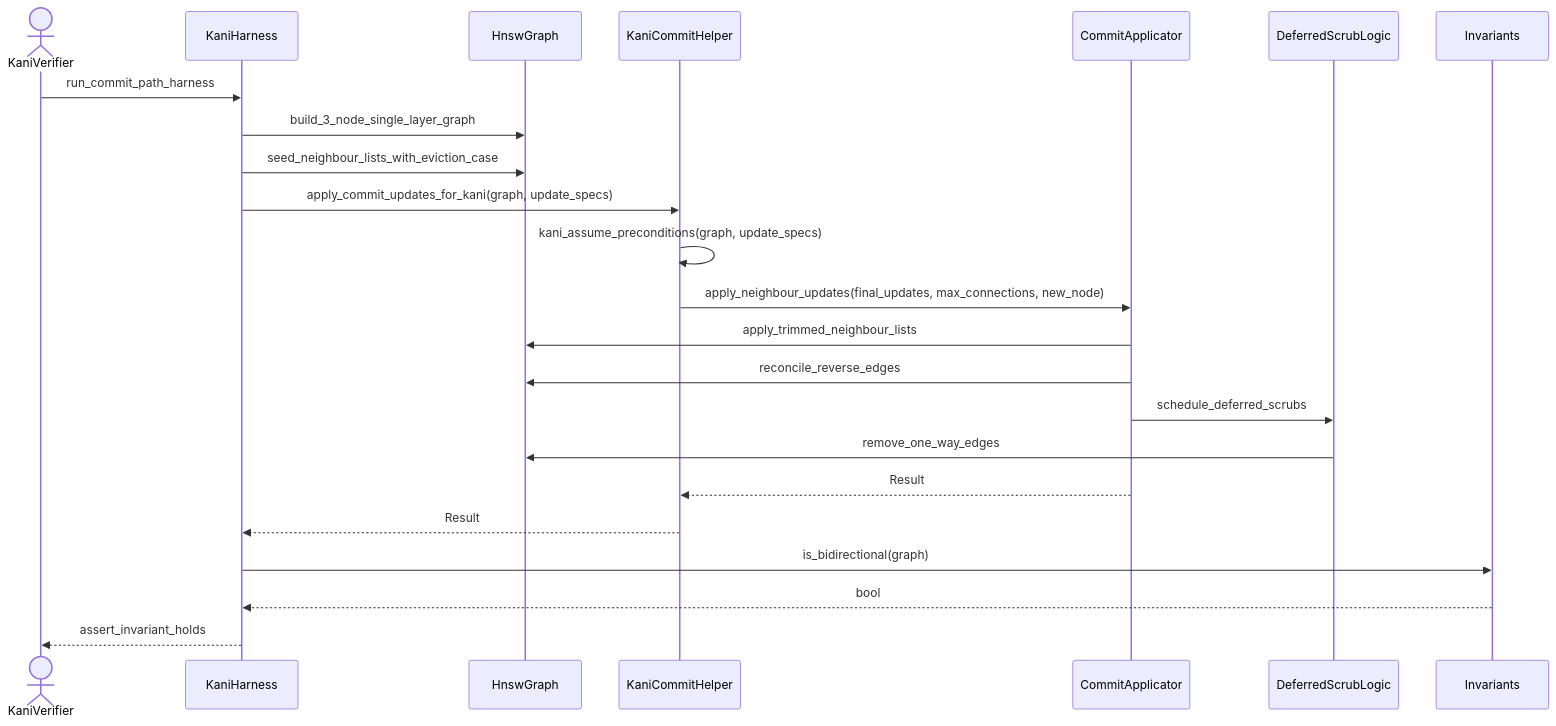
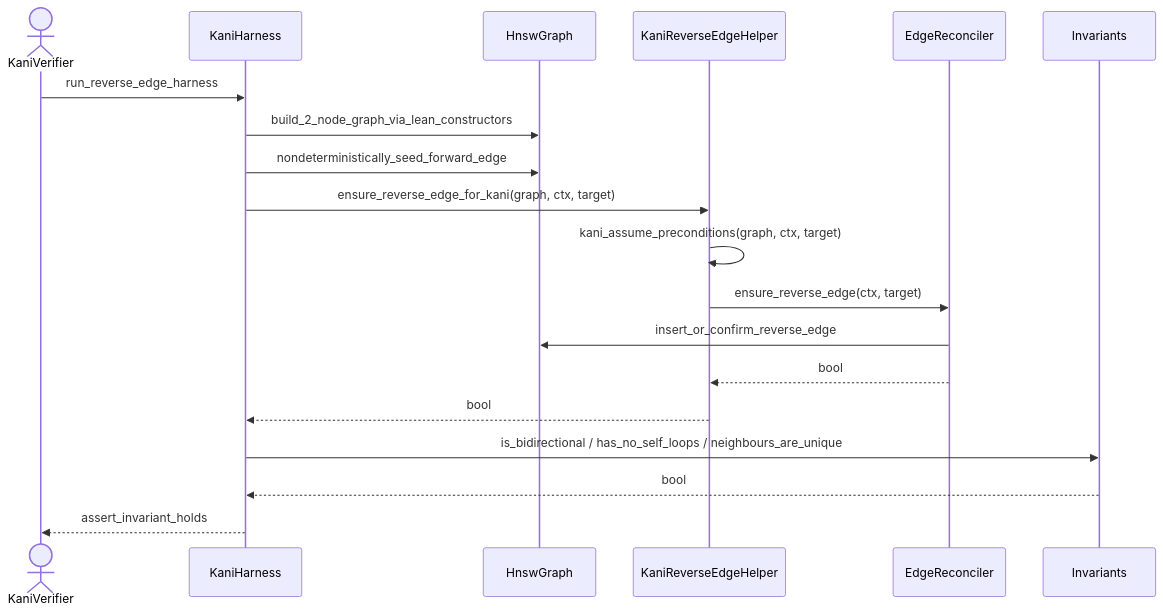
Before and after one commit to leynos/chutoro: the second of 5 diagrams in docs/chutoro-design.md, drawn with Mermaid. The commit also changed other lines of this file and 33 other files, not shown here.

````diff
--- a/docs/chutoro-design.md
+++ b/docs/chutoro-design.md
@@ -1271,30 +1278,25 @@
 ```mermaid
 sequenceDiagram
     actor KaniVerifier
     participant KaniHarness
     participant HnswGraph
-    participant KaniCommitHelper
-    participant CommitApplicator
-    participant DeferredScrubLogic
+    participant KaniReverseEdgeHelper
+    participant EdgeReconciler
     participant Invariants
 
-    KaniVerifier->>KaniHarness: run_commit_path_harness
-    KaniHarness->>HnswGraph: build_3_node_single_layer_graph
-    KaniHarness->>HnswGraph: seed_neighbour_lists_with_eviction_case
+    KaniVerifier->>KaniHarness: run_reverse_edge_harness
+    KaniHarness->>HnswGraph: build_2_node_graph_via_lean_constructors
+    KaniHarness->>HnswGraph: nondeterministically_seed_forward_edge
 
-    KaniHarness->>KaniCommitHelper: apply_commit_updates_for_kani(graph, update_specs)
-    KaniCommitHelper->>KaniCommitHelper: kani_assume_preconditions(graph, update_specs)
-    KaniCommitHelper->>CommitApplicator: apply_neighbour_updates(final_updates, max_connections, new_node)
+    KaniHarness->>KaniReverseEdgeHelper: ensure_reverse_edge_for_kani(graph, ctx, target)
+    KaniReverseEdgeHelper->>KaniReverseEdgeHelper: kani_assume_preconditions(graph, ctx, target)
+    KaniReverseEdgeHelper->>EdgeReconciler: ensure_reverse_edge(ctx, target)
+    EdgeReconciler->>HnswGraph: insert_or_confirm_reverse_edge
 
-    CommitApplicator->>HnswGraph: apply_trimmed_neighbour_lists
-    CommitApplicator->>HnswGraph: reconcile_reverse_edges
-    CommitApplicator->>DeferredScrubLogic: schedule_deferred_scrubs
-    DeferredScrubLogic->>HnswGraph: remove_one_way_edges
+    EdgeReconciler-->>KaniReverseEdgeHelper: bool
+    KaniReverseEdgeHelper-->>KaniHarness: bool
 
-    CommitApplicator-->>KaniCommitHelper: Result
-    KaniCommitHelper-->>KaniHarness: Result
-
-    KaniHarness->>Invariants: is_bidirectional(graph)
+    KaniHarness->>Invariants: is_bidirectional / has_no_self_loops / neighbours_are_unique
     Invariants-->>KaniHarness: bool
     KaniHarness-->>KaniVerifier: assert_invariant_holds
 ```
````
